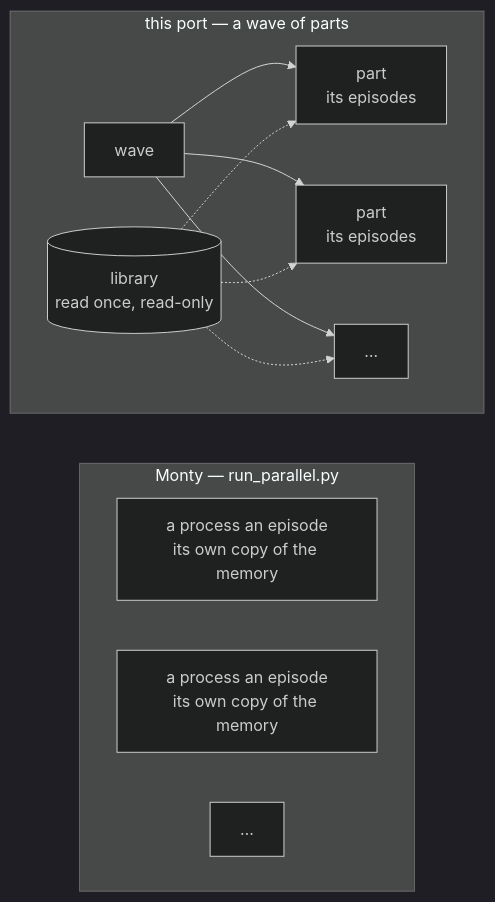
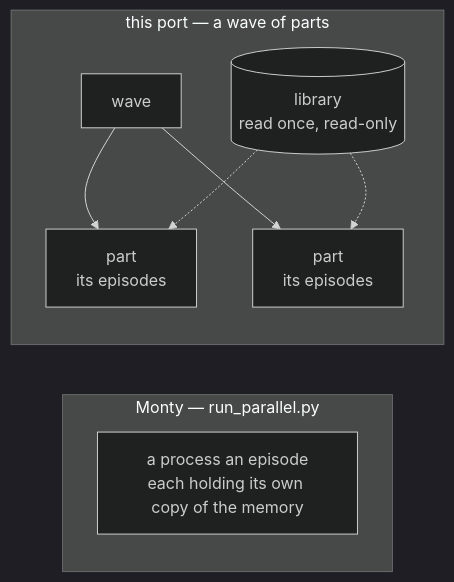
The fourth of 5 diagrams in docs/speed.md (d-led/ex.tbp.monty), drawn with Mermaid (dark theme) before and after one commit. The commit also changed other lines of this file, not shown here.

Commit message:
docs(speed): the coordinator's own work is a note, and the wave is one box
The two step diagrams read like the repo's own (a note where the coordinator
does something rather than a message to itself), and Monty's side of the episode
chart is a single box: what a comparison needs is the copy, not the count.

````diff
--- a/docs/speed.md
+++ b/docs/speed.md
@@ -189,18 +189,12 @@
 ```mermaid
 flowchart LR
     subgraph monty["Monty — run_parallel.py"]
-        direction LR
-        P1["a process an episode<br/>its own copy of the memory"]
-        P2["a process an episode<br/>its own copy of the memory"]
-        P3["…"]
+        P["a process an episode<br/>each holding its own copy of the memory"]
     end
     subgraph port["this port — a wave of parts"]
-        direction LR
         W["wave"] --> T1["part<br/>its episodes"]
         W --> T2["part<br/>its episodes"]
-        W --> T3["…"]
         D[("library<br/>read once, read-only")] -.-> T1
         D -.-> T2
-        D -.-> T3
     end
 ```
````
